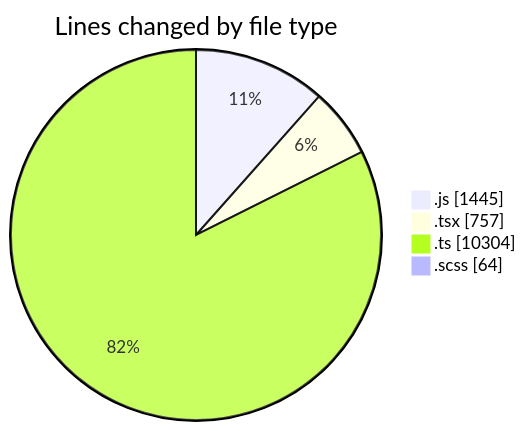
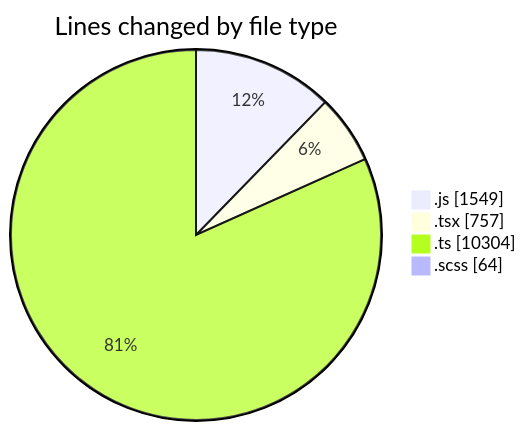
Before and after one commit to momahboobian/code-tracking: the first of 2 diagrams in 2025-03-13/cda/README.md, drawn with Mermaid. The commit also changed other lines of this file and 1 other file, not shown here.

````diff
--- a/2025-03-13/cda/README.md
+++ b/2025-03-13/cda/README.md
@@ -33,8 +33,8 @@
 ```mermaid
 pie showData
 title Lines changed by file type
-".js" : 1445
+".js" : 1549
 ".tsx" : 757
 ".ts" : 10304
 ".scss" : 64
 ```
````
